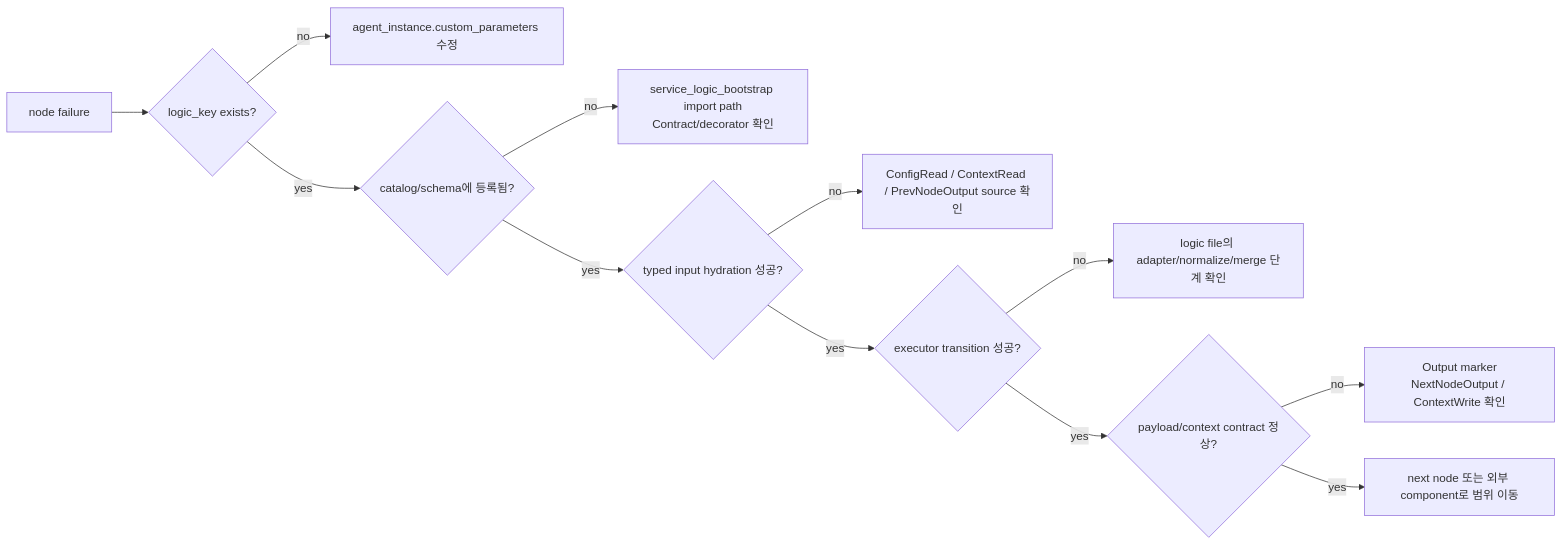
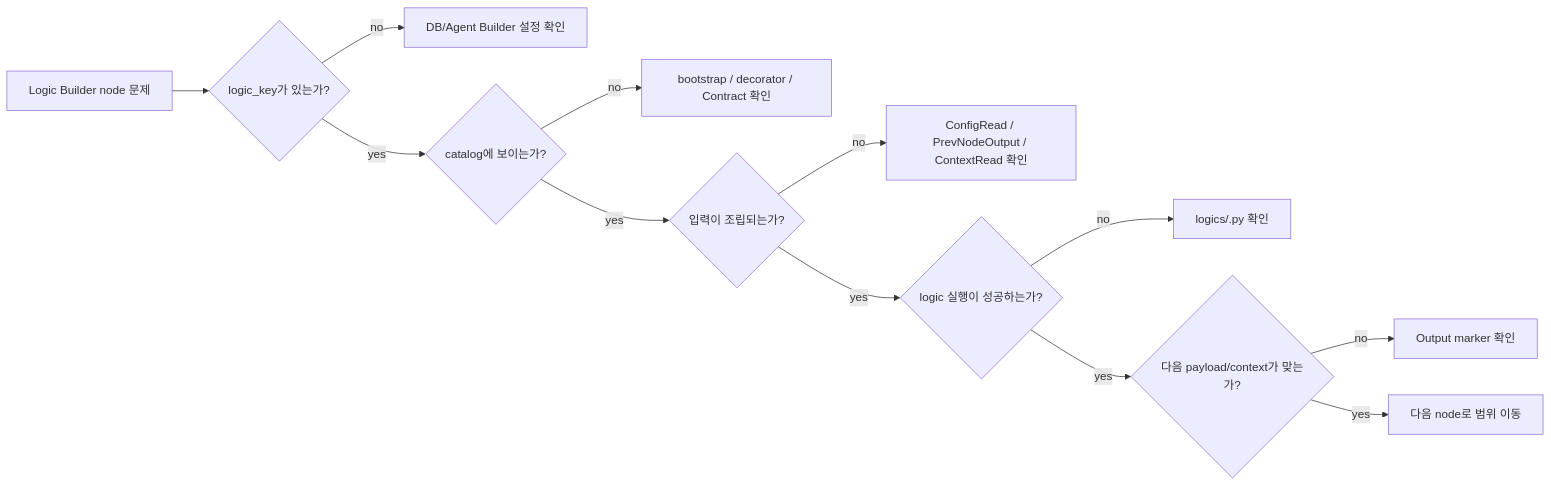
Before and after one commit to djoo-lgcns/dotfiles: the eighth of 8 diagrams in README.md, drawn with Mermaid. The commit also changed other lines of this file, not shown here.

````diff
--- a/README.md
+++ b/README.md
@@ -422,14 +226,14 @@
 ```mermaid
 flowchart LR
-  A["node failure"] --> B{"logic_key exists?"}
-  B -->|no| B1["agent_instance.custom_parameters 수정"]
-  B -->|yes| C{"catalog/schema에 등록됨?"}
-  C -->|no| C1["service_logic_bootstrap import path<br/>Contract/decorator 확인"]
-  C -->|yes| D{"typed input hydration 성공?"}
-  D -->|no| D1["ConfigRead / ContextRead / PrevNodeOutput source 확인"]
-  D -->|yes| E{"executor transition 성공?"}
-  E -->|no| E1["logic file의 adapter/normalize/merge 단계 확인"]
-  E -->|yes| F{"payload/context contract 정상?"}
-  F -->|no| F1["Output marker<br/>NextNodeOutput / ContextWrite 확인"]
-  F -->|yes| G["next node 또는 외부 component로 범위 이동"]
+  A["Logic Builder node 문제"] --> B{"logic_key가 있는가?"}
+  B -->|no| B1["DB/Agent Builder 설정 확인"]
+  B -->|yes| C{"catalog에 보이는가?"}
+  C -->|no| C1["bootstrap / decorator / Contract 확인"]
+  C -->|yes| D{"입력이 조립되는가?"}
+  D -->|no| D1["ConfigRead / PrevNodeOutput / ContextRead 확인"]
+  D -->|yes| E{"logic 실행이 성공하는가?"}
+  E -->|no| E1["logics/<logic>.py 확인"]
+  E -->|yes| F{"다음 payload/context가 맞는가?"}
+  F -->|no| F1["Output marker 확인"]
+  F -->|yes| G["다음 node로 범위 이동"]
 ```
````
